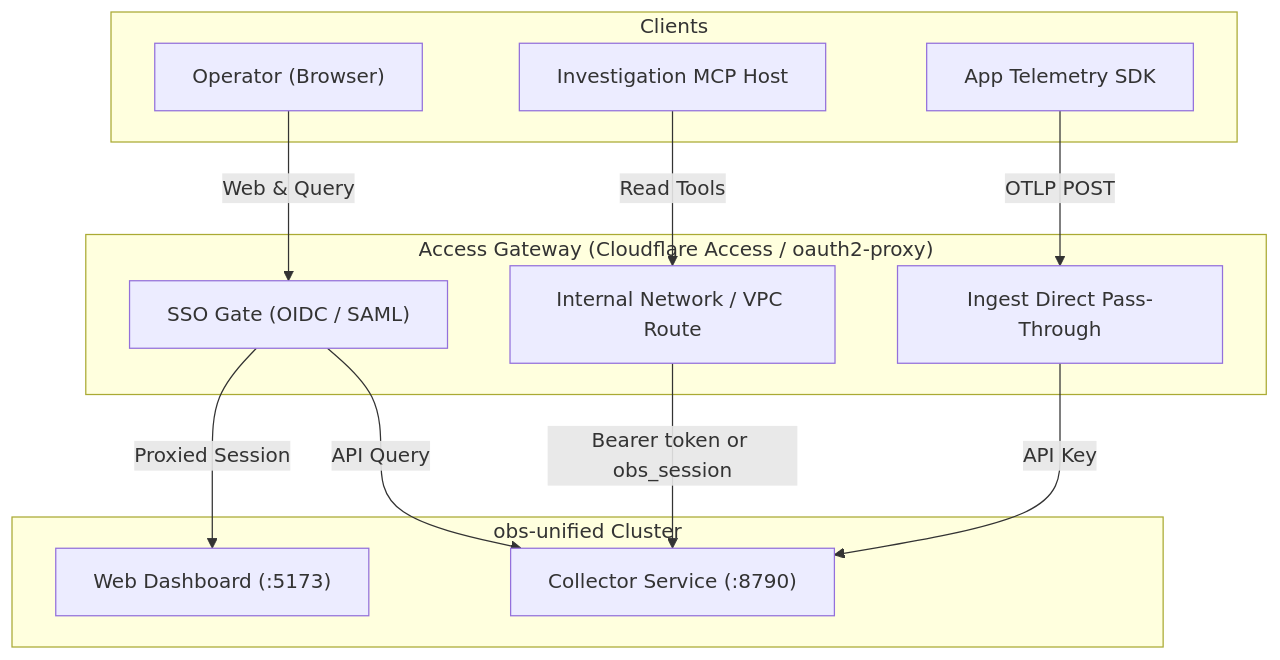
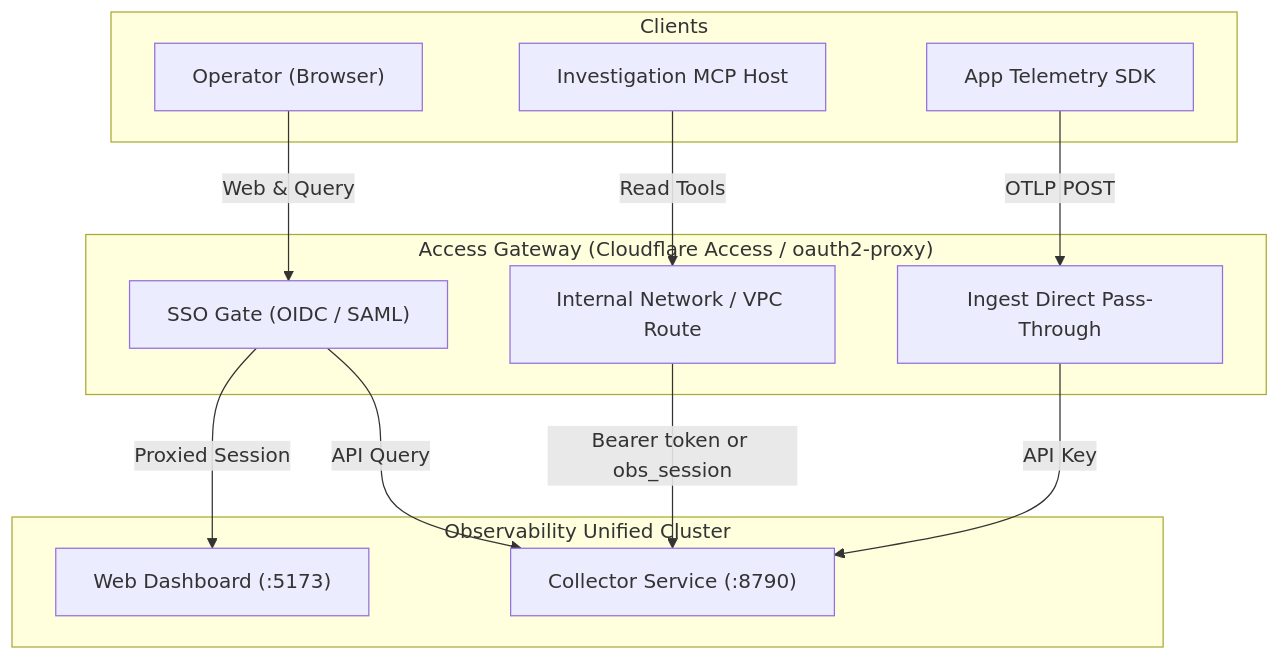
One commit to dev-sawan-ruparel/obs-unified changed the diagram in apps/docs/content/docs/ops/identity-access.mdx. Above: the diagram before and after it, drawn with Mermaid. The commit also changed other lines of this file and 114 other files, not shown here.

````diff
--- a/apps/docs/content/docs/ops/identity-access.mdx
+++ b/apps/docs/content/docs/ops/identity-access.mdx
@@ -24,24 +24,24 @@
 ```mermaid
 flowchart TD
   subgraph External["Clients"]
     Browser["Operator (Browser)"]
     MCPAgent["Investigation MCP Host"]
     OTelApp["App Telemetry SDK"]
   end
 
   subgraph Perimeter["Access Gateway (Cloudflare Access / oauth2-proxy)"]
     SSOGate["SSO Gate (OIDC / SAML)"]
     InternalVPC["Internal Network / VPC Route"]
     IngestPass["Ingest Direct Pass-Through"]
   end
 
-  subgraph Internal["obs-unified Cluster"]
+  subgraph Internal["Observability Unified Cluster"]
     Web["Web Dashboard (:5173)"]
     Collector["Collector Service (:8790)"]
   end
 
   Browser -->|Web & Query| SSOGate -->|Proxied Session| Web
   SSOGate -->|API Query| Collector
   MCPAgent -->|Read Tools| InternalVPC -->|Bearer token or obs_session| Collector
   OTelApp -->|OTLP POST| IngestPass -->|API Key| Collector
 ```
````
